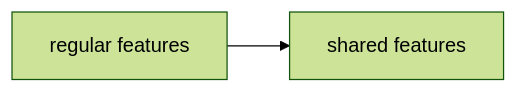
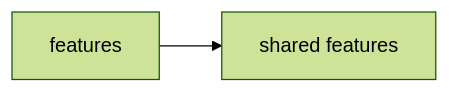
Before and after one commit to Vladyslav-Murashchenko/feature-garden: the second of 2 diagrams in docs/core.md, drawn with Mermaid (forest theme).

Commit message:
Correct features label in core documentation
Updated the features layer description and corrected the label in the diagram.

````diff
--- a/docs/core.md
+++ b/docs/core.md
@@ -115,7 +115,7 @@
 ```mermaid
 graph LR
-    features["regular features"]
+    features["features"]
     sharedFeatures["shared features"]
 
     features --> sharedFeatures
 ```
````
